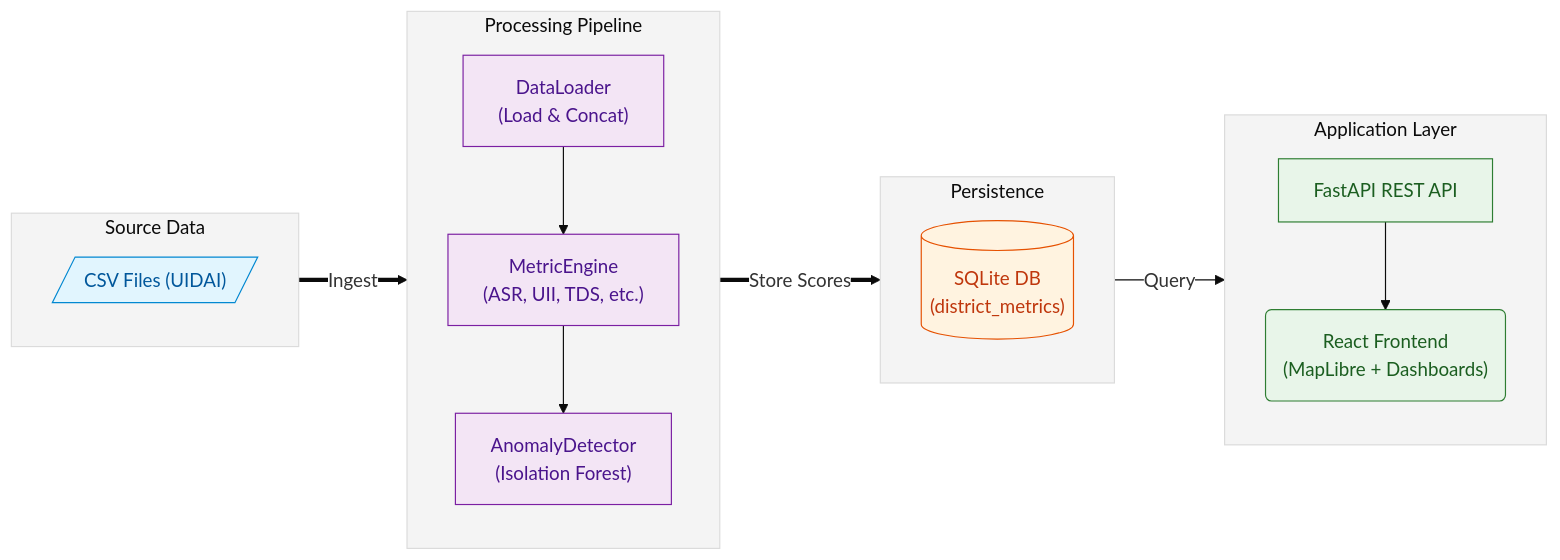
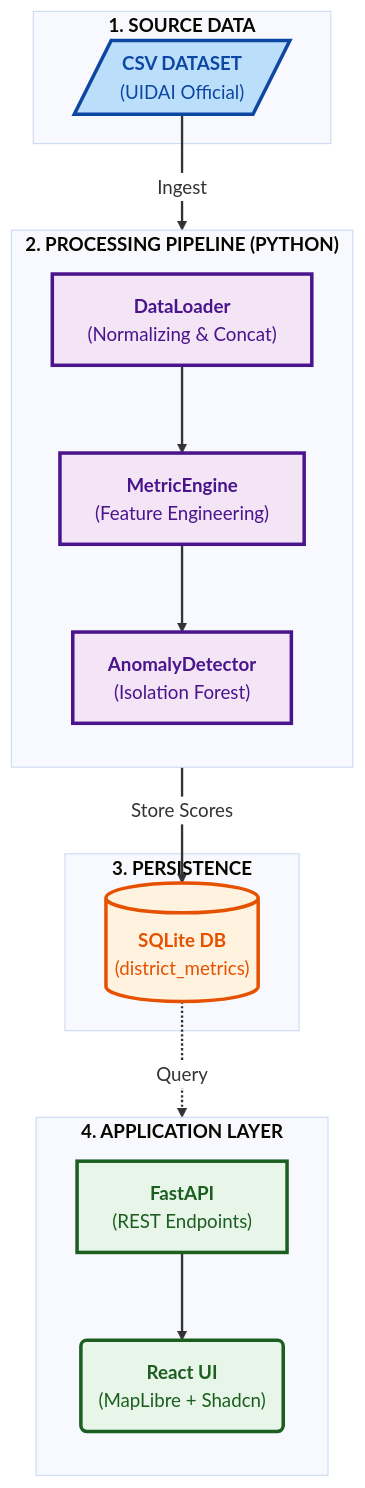
One commit to saishankar404/aadhaar-insights changed the sixth of 6 diagrams in submission.md. Above: the diagram before and after it, drawn with Mermaid. The commit also changed other lines of this file, not shown here.

First line of the commit message:
Refactor mermaid diagrams in submission.md

````diff
--- a/submission.md
+++ b/submission.md
@@ -957,42 +952,37 @@
 ```mermaid
-%%{init: {'theme': 'base', 'themeVariables': { 'primaryColor': '#f4f4f4', 'edgeLabelBackground':'#ffffff', 'tertiaryColor': '#f4f4f4'}}}%%
-flowchart LR
-    subgraph RawData ["Source Data"]
-        direction TB
-        A[/"CSV Files (UIDAI)"/];
+%%{init: {'theme': 'base', 'themeVariables': { 'fontSize': '16px', 'fontFamily': 'inter', 'edgeLabelBackground':'#ffffff'}}}%%
+flowchart TD
+    subgraph RawData ["<b>1. SOURCE DATA</b>"]
+        A[/"<b>CSV DATASET</b><br/>(UIDAI Official)"/]:::source
     end
 
-    subgraph Pipeline ["Processing Pipeline"]
+    A ==>|Ingest| B
+
+    subgraph Pipeline ["<b>2. PROCESSING PIPELINE (PYTHON)</b>"]
         direction TB
-        B["DataLoader\n(Load & Concat)"] --> C["MetricEngine\n(ASR, UII, TDS, etc.)"];
-        C --> D["AnomalyDetector\n(Isolation Forest)"];
+        B["<b>DataLoader</b><br/>(Normalizing & Concat)"]:::process ==> C["<b>MetricEngine</b><br/>(Feature Engineering)"]:::process
+        C ==> D["<b>AnomalyDetector</b><br/>(Isolation Forest)"]:::process
     end
 
-    subgraph Storage ["Persistence"]
-        direction TB
-        E[("SQLite DB\n(district_metrics)")];
+    D ==>|Store Scores| E
+
+    subgraph Storage ["<b>3. PERSISTENCE</b>"]
+        E[("<b>SQLite DB</b><br/>(district_metrics)")]:::db
     end
 
-    subgraph App ["Application Layer"]
+    E -.->|Query| F
+
+    subgraph App ["<b>4. APPLICATION LAYER</b>"]
         direction TB
-        F["FastAPI REST API"] --> G("React Frontend\n(MapLibre + Dashboards)");
+        F["<b>FastAPI</b><br/>(REST Endpoints)"]:::app ==> G("<b>React UI</b><br/>(MapLibre + Shadcn)"):::app
     end
 
-    %% Main Flow Connections
-    A =="Ingest"==> B;
-    D =="Store Scores"==> E;
-    E --"Query"--> F;
+    %% High-Contrast Styling
+    classDef source fill:#BBDEFB,stroke:#0D47A1,stroke-width:3px,color:#0D47A1;
+    classDef process fill:#F3E5F5,stroke:#4A148C,stroke-width:3px,color:#4A148C;
+    classDef db fill:#FFF3E0,stroke:#E65100,stroke-width:3px,color:#E65100,rx:5,ry:5;
+    classDef app fill:#E8F5E9,stroke:#1B5E20,stroke-width:3px,color:#1B5E20;
 
-    %% Styling
-    classDef source fill:#e1f5fe,stroke:#0288d1,stroke-width:1px,color:#01579b;
-    classDef process fill:#f3e5f5,stroke:#7b1fa2,stroke-width:1px,color:#4a148c;
-    classDef db fill:#fff3e0,stroke:#e65100,stroke-width:1px,color:#bf360c,rx:5,ry:5;
-    classDef app fill:#e8f5e9,stroke:#2e7d32,stroke-width:1px,color:#1b5e20;
-
-    class A source;
-    class B,C,D process;
-    class E db;
-    class F,G app;
-
-
+    %% Link Styling
+    linkStyle default stroke:#333,stroke-width:2px;
 ```  
````
